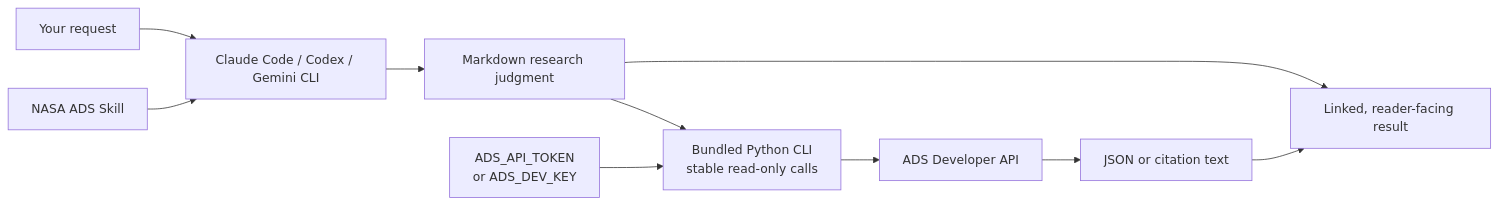
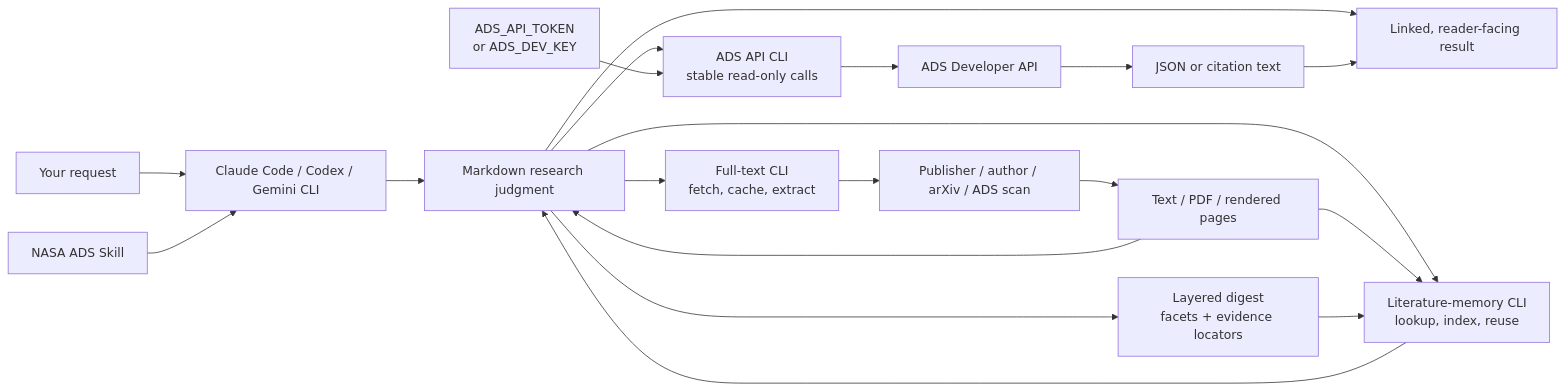
Before and after one commit to SukiYume/nasa-ads-skill: the diagram in README.md, drawn with Mermaid. The commit also changed other lines of this file and 25 other files, not shown here.

Commit message:
feat: add full-text research and literature memory

````diff
--- a/README.md
+++ b/README.md
@@ -73,12 +77,21 @@
 ```mermaid
 flowchart LR
     A["Your request"] --> B["Claude Code / Codex / Gemini CLI"]
     S["NASA ADS Skill"] --> B
     B --> M["Markdown research judgment"]
-    M --> P["Bundled Python CLI<br/>stable read-only calls"]
+    M --> P["ADS API CLI<br/>stable read-only calls"]
+    M --> F["Full-text CLI<br/>fetch, cache, extract"]
+    M --> L["Literature-memory CLI<br/>lookup, index, reuse"]
     T["ADS_API_TOKEN<br/>or ADS_DEV_KEY"] --> P
     P --> C["ADS Developer API"]
+    F --> X["Publisher / author / arXiv / ADS scan"]
     C --> D["JSON or citation text"]
+    X --> R["Text / PDF / rendered pages"]
+    R --> M
+    M --> K["Layered digest<br/>facets + evidence locators"]
+    R --> L
+    K --> L
+    L --> M
     M --> E["Linked, reader-facing result"]
     D --> E
 ```
````
